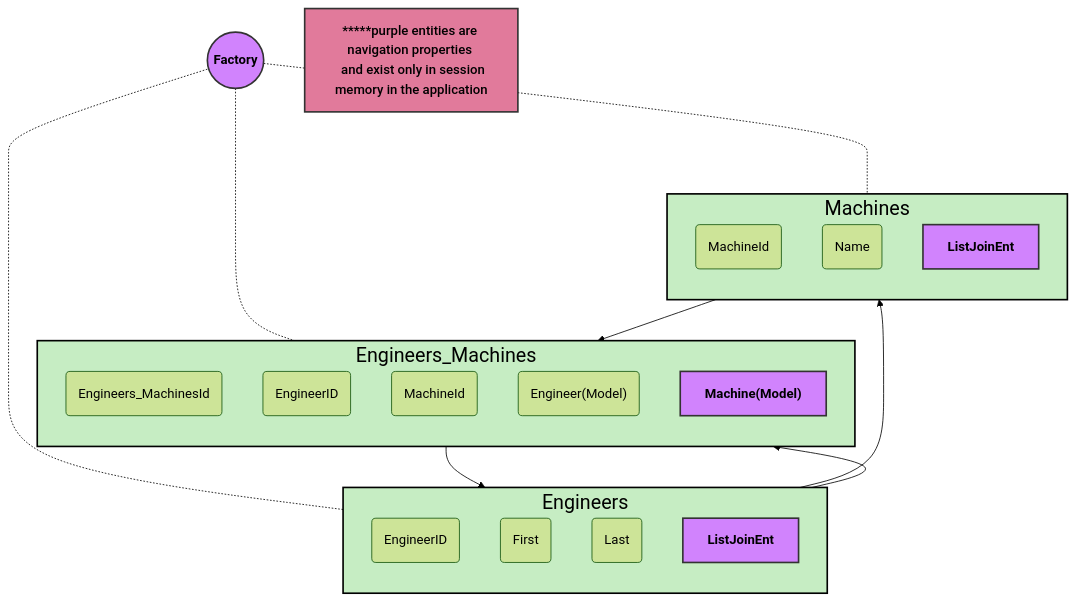
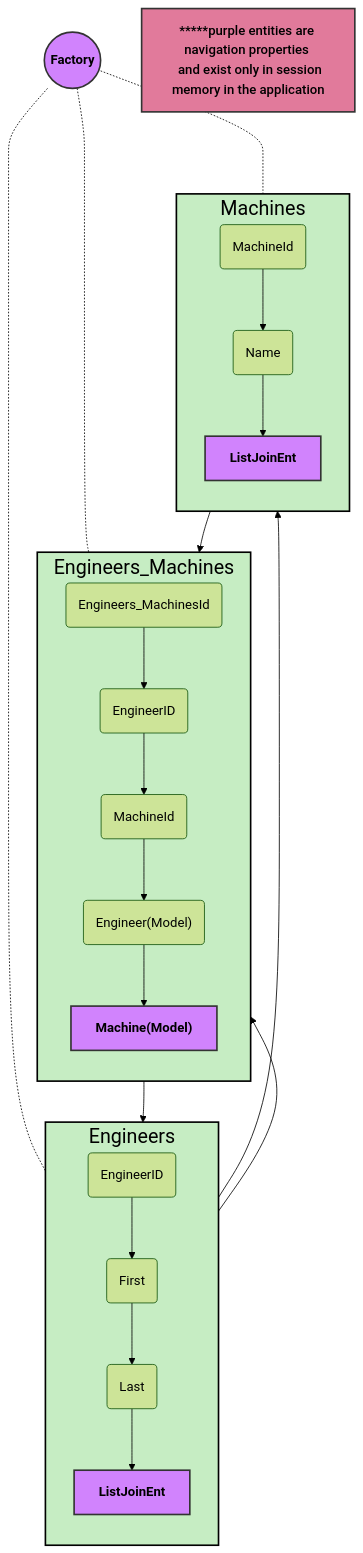
Before and after one commit to johnedisc/sillystringz_factory: the diagram in README.md, drawn with Mermaid (forest theme).

````diff
--- a/README.md
+++ b/README.md
@@ -10,63 +10,63 @@
 ``` mermaid
 flowchart TB
 
   DB((Factory))
 
   subgraph Engineers
     direction TB
-    eng1("EngineerID")
-    eng2("First")
-    eng3("Last")
+    eng1("EngineerID") -->
+    eng2("First") -->
+    eng3("Last") -->
     eng4["List<Engineers_Machines>JoinEnt"]
   end
 
   subgraph Engineers_Machines
       direction TB
-      em1("Engineers_MachinesId")
-      em2("EngineerID")
-      em3("MachineId")
-      em4("Engineer(Model)")
+      em1("Engineers_MachinesId") -->
+      em2("EngineerID") -->
+      em3("MachineId") -->
+      em4("Engineer(Model)") -->
       em5["Machine(Model)"]
   end
 
   subgraph Machines
       direction TB
-      mac1("MachineId")
-      mac2("Name")
+      mac1("MachineId") -->
+      mac2("Name") -->
       mac3["List<Engineers_Machines>JoinEnt"]
   end
 
 
+  DB ..- Engineers
+  DB ..- Machines
+  DB ..- Engineers_Machines
   em5 --> eng4
   eng4 --> mac3
   eng1 --> em2
   mac1 --> em3
-  DB ..- Engineers
-  DB ..- Machines
-  DB ..- Engineers_Machines
 
  %% Class Colors %%
   Note:::pink
   Engineers:::tropical
   Machines:::tropical
   Engineers_Machines:::tropical
   DB:::purple
   eng4:::purple
   mac3:::purple
   em5:::purple
 
   %% Colors %%
 
   classDef tropical fill:#C6EDC3,stroke:#000,stroke-width:2px,font-size:1.5rem,color:black
   classDef blue fill:#131761,stroke:#000,stroke-width:2px,font-size:1.5rem,color:#fff
   classDef orange fill:#ECA762,stroke:#000,stroke-width:2px,color:black,font-size:1.5rem
   classDef red fill:#FF303B,stroke:#000,stroke-width:2px,color:#fff
   classDef green fill:#027F55,stroke:#000,stroke-width:2px,color:#fff
   classDef pink fill:#E17A9B,stroke:#333,stroke-width:2px,font-size:1rem,font-weight:500,color:black
   classDef forestGreen fill:#027F55,stroke:#333,stroke-width:2px,font-size:3rem,font-weight:700
   classDef yellow fill:#FDF046,stroke:#333,stroke-width:2px,font-size:1.5rem,font-weight:700,color:black
   classDef purple fill:#D183FD,stroke:#333,stroke-width:2px,font-size:1rem,font-weight:600,color:black
 
   Note["*****purple entities are navigation properties 
   and exist only in session memory in the application"]
 ```
````
